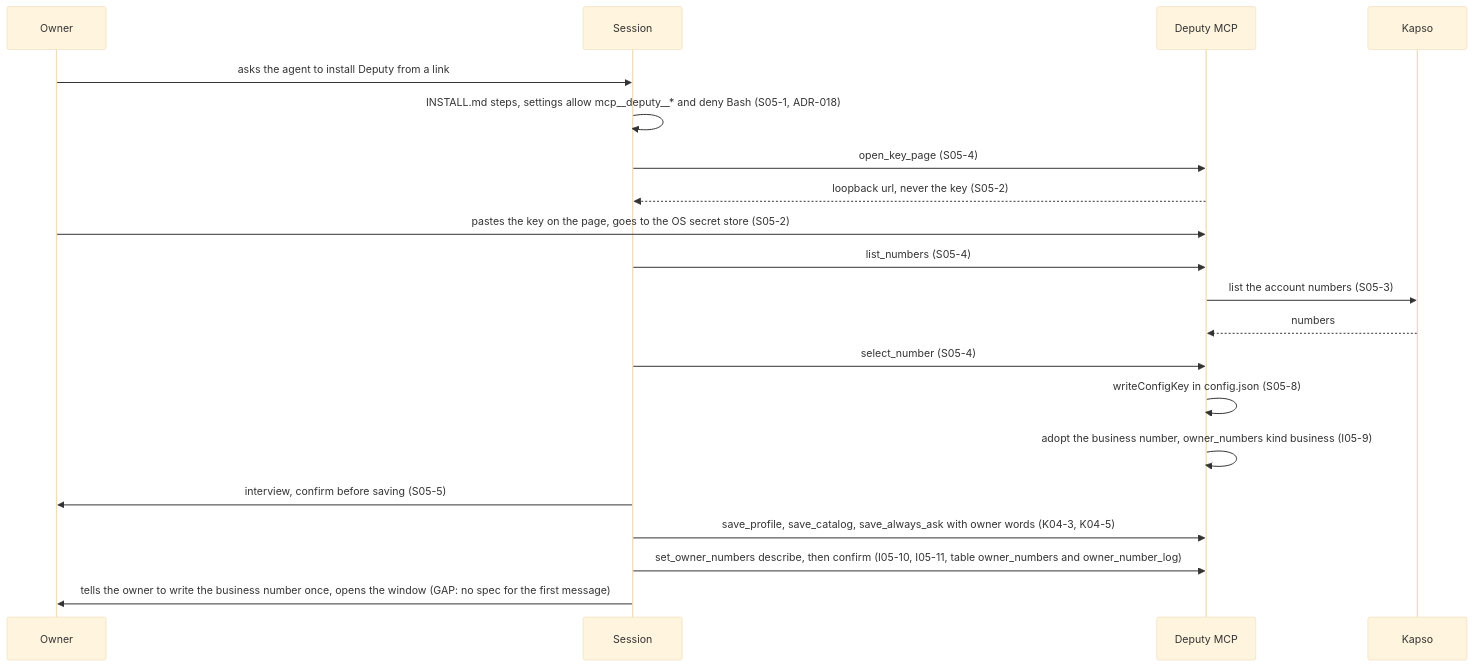
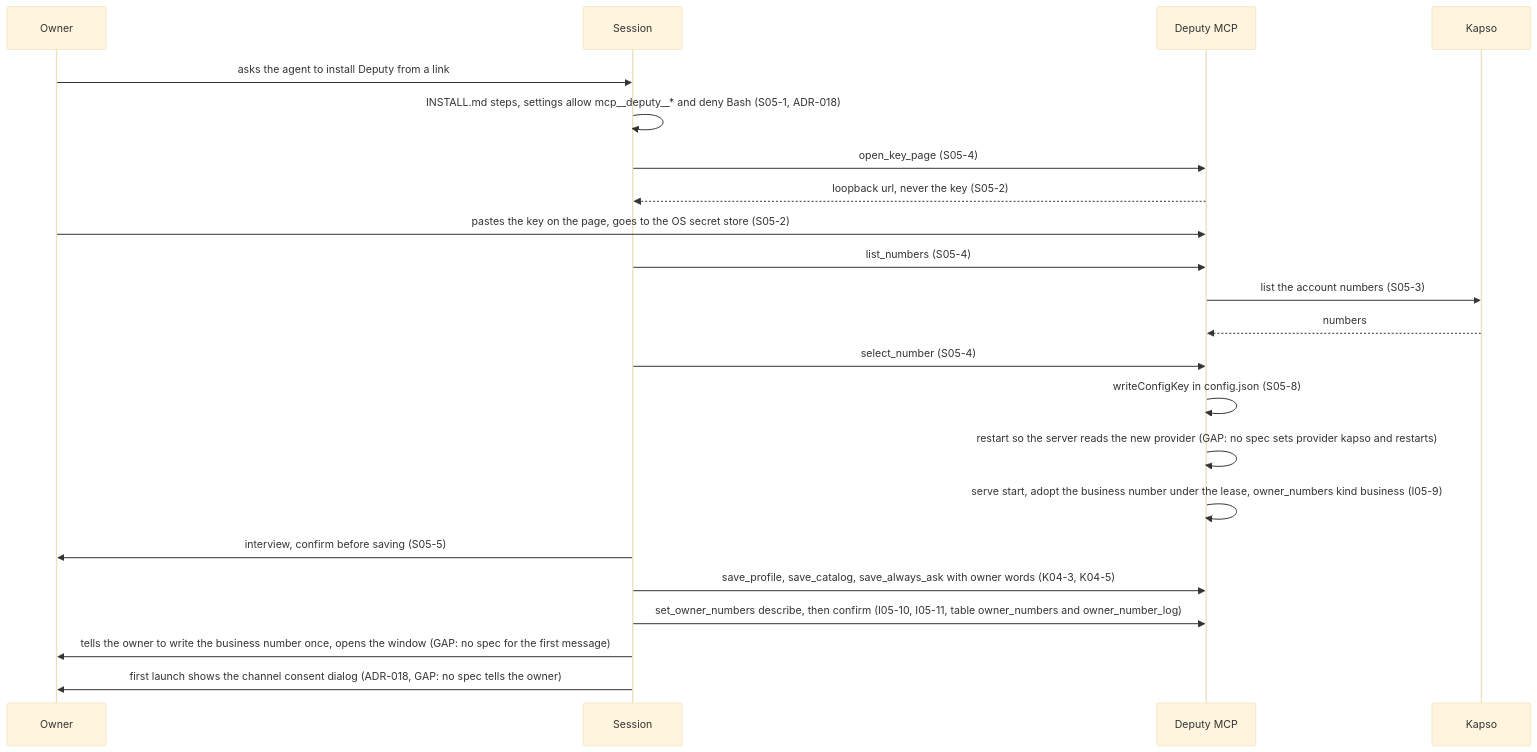
The third of 15 diagrams in docs/tp-detail/TP-pilot-end-to-end.md (antonygiomarxdev/deputy), drawn with Mermaid (base theme) before and after one commit. The commit also changed other lines of this file, not shown here.

Commit message:
docs: restart before adoption, GAP marks for wiring, always-ask, counts and consent

````diff
--- a/docs/tp-detail/TP-pilot-end-to-end.md
+++ b/docs/tp-detail/TP-pilot-end-to-end.md
@@ -87,22 +87,24 @@
 ```mermaid
 sequenceDiagram
   participant O as Owner
   participant S as Session
   participant M as Deputy MCP
   participant K as Kapso
   O->>S: asks the agent to install Deputy from a link
   S->>S: INSTALL.md steps, settings allow mcp__deputy__* and deny Bash (S05-1, ADR-018)
   S->>M: open_key_page (S05-4)
   M-->>S: loopback url, never the key (S05-2)
   O->>M: pastes the key on the page, goes to the OS secret store (S05-2)
   S->>M: list_numbers (S05-4)
   M->>K: list the account numbers (S05-3)
   K-->>M: numbers
   S->>M: select_number (S05-4)
   M->>M: writeConfigKey in config.json (S05-8)
-  M->>M: adopt the business number, owner_numbers kind business (I05-9)
+  M->>M: restart so the server reads the new provider (GAP: no spec sets provider kapso and restarts)
+  M->>M: serve start, adopt the business number under the lease, owner_numbers kind business (I05-9)
   S->>O: interview, confirm before saving (S05-5)
   S->>M: save_profile, save_catalog, save_always_ask with owner words (K04-3, K04-5)
   S->>M: set_owner_numbers describe, then confirm (I05-10, I05-11, table owner_numbers and owner_number_log)
   S->>O: tells the owner to write the business number once, opens the window (GAP: no spec for the first message)
+  S->>O: first launch shows the channel consent dialog (ADR-018, GAP: no spec tells the owner)
 ```
````
